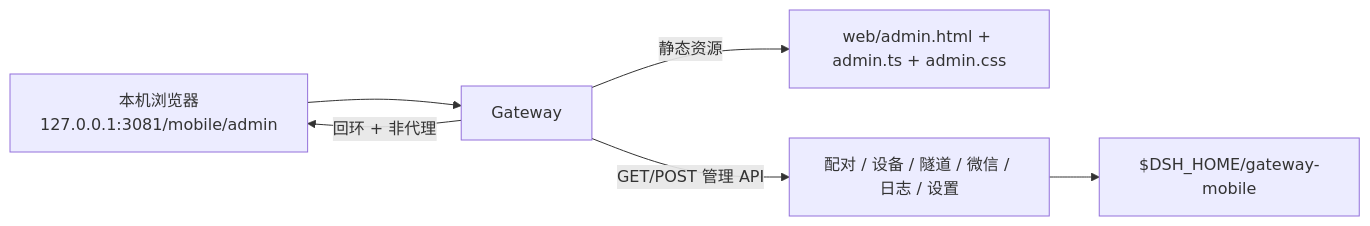
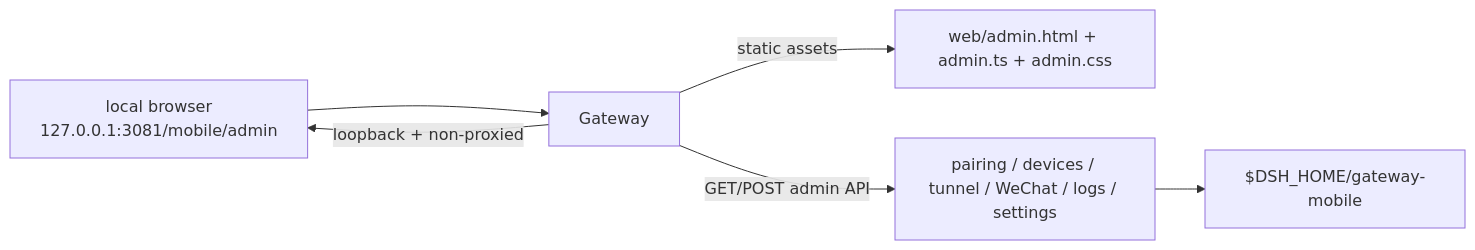
The tenth of 10 diagrams in docs/architecture-flow.md (open2ai/dsh-gateway-mobile), drawn with Mermaid before and after one commit. The commit also changed other lines of this file and 85 other files, not shown here.

Commit message:
feat: harden gateway for long-running use and simplify the admin console. Version 0.1.4; changes are additive and backward compatible.

````diff
--- a/docs/architecture-flow.md
+++ b/docs/architecture-flow.md
@@ -378,8 +380,8 @@
 ```mermaid
 flowchart LR
-  Admin["本机浏览器<br/>127.0.0.1:3081/mobile/admin"] --> Gateway["Gateway"]
-  Gateway -->|静态资源| Web["web/admin.html + admin.ts + admin.css"]
-  Gateway -->|GET/POST 管理 API| Services["配对 / 设备 / 隧道 / 微信 / 日志 / 设置"]
+  Admin["local browser<br/>127.0.0.1:3081/mobile/admin"] --> Gateway["Gateway"]
+  Gateway -->|static assets| Web["web/admin.html + admin.ts + admin.css"]
+  Gateway -->|GET/POST admin API| Services["pairing / devices / tunnel / WeChat / logs / settings"]
   Services --> Store["$DSH_HOME/gateway-mobile"]
-  Gateway -->|回环 + 非代理| Admin
+  Gateway -->|loopback + non-proxied| Admin
 ```
````
